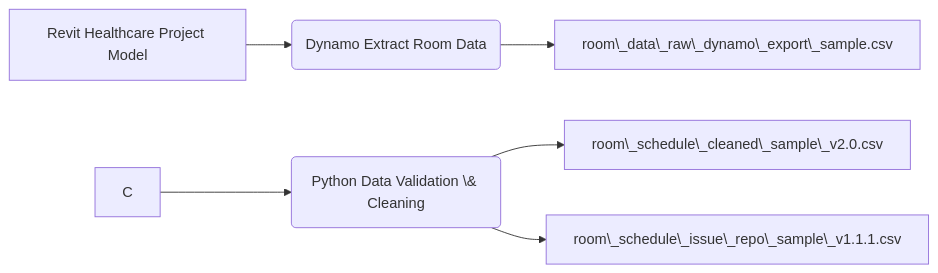
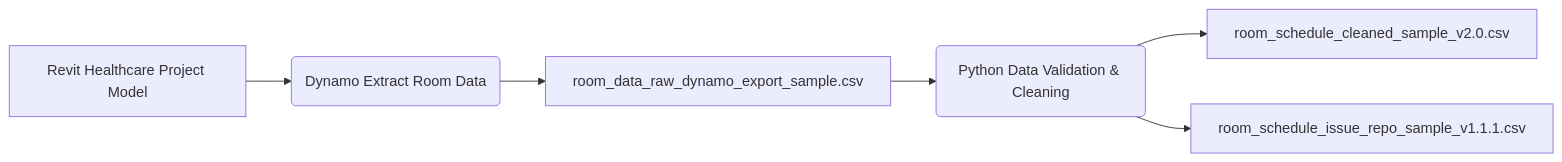
The diagram in RoomDataExtractor/RoomDataExtractor_v1.0/README.md (LucienneDong/aec-automation-portfolio), drawn with Mermaid before and after one commit. The commit also changed 1 other file, not shown here.

Commit message:
Update README Files

````diff
--- a/RoomDataExtractor/RoomDataExtractor_v1.0/README.md
+++ b/RoomDataExtractor/RoomDataExtractor_v1.0/README.md
@@ -21,13 +21,13 @@
 ```mermaid
 flowchart LR
 
-	A\[Revit Healthcare Project Model] --> B(Dynamo Extract Room Data)
+	A[Revit Healthcare Project Model] --> B(Dynamo Extract Room Data)
 
-	B --> C\[room\_data\_raw\_dynamo\_export\_sample.csv]
+	B --> C[room_data_raw_dynamo_export_sample.csv]
 
-	C --> D(Python Data Validation \& Cleaning)
+	C --> D(Python Data Validation & Cleaning)
 
-	D --> E\[room\_schedule\_cleaned\_sample\_v2.0.csv]
+	D --> E[room_schedule_cleaned_sample_v2.0.csv]
 
-	D --> F\[room\_schedule\_issue\_repo\_sample\_v1.1.1.csv]
+	D --> F[room_schedule_issue_repo_sample_v1.1.1.csv]
 ```
````
